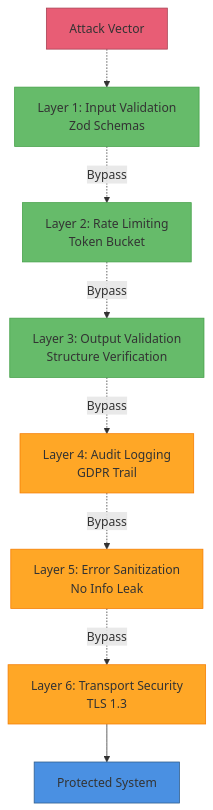
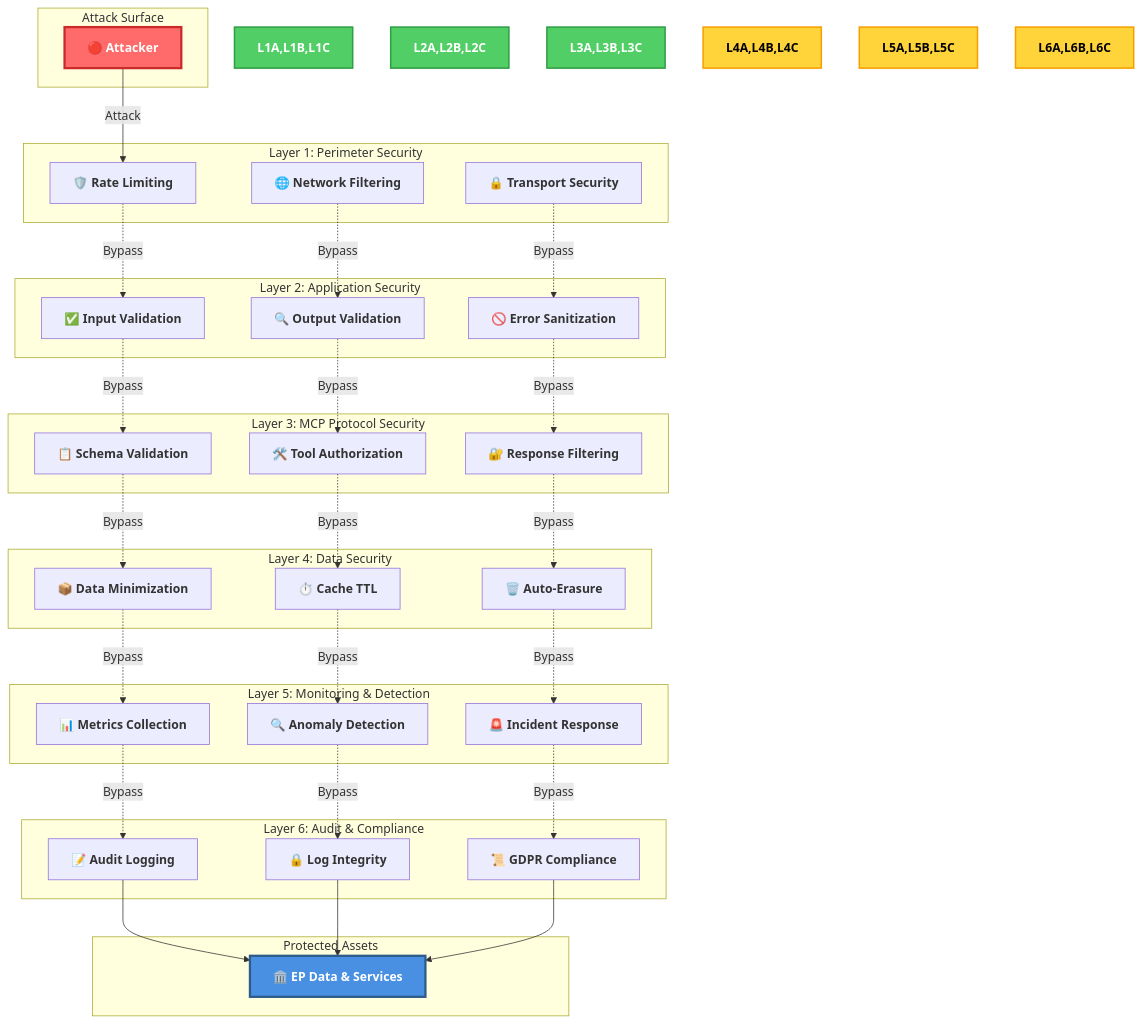
Before and after one commit to Hack23/European-Parliament-MCP-Server: diagram 24 of 24 in SECURITY_ARCHITECTURE.md, drawn with Mermaid. The commit also changed other lines of this file, not shown here.

Commit message:
Expand SECURITY_ARCHITECTURE.md to 3458 lines matching Hack23 reference standard

````diff
--- a/SECURITY_ARCHITECTURE.md
+++ b/SECURITY_ARCHITECTURE.md
@@ -890,28 +2941,81 @@
 ```mermaid
 graph TB
-    L1[Layer 1: Input Validation<br/>Zod Schemas]
-    L2[Layer 2: Rate Limiting<br/>Token Bucket]
-    L3[Layer 3: Output Validation<br/>Structure Verification]
-    L4[Layer 4: Audit Logging<br/>GDPR Trail]
-    L5[Layer 5: Error Sanitization<br/>No Info Leak]
-    L6[Layer 6: Transport Security<br/>TLS 1.3]
+    subgraph "Attack Surface"
+        ATTACKER[🔴 Attacker]
+    end
     
-    THREAT[Attack Vector]
+    subgraph "Layer 1: Perimeter Security"
+        L1A[🛡️ Rate Limiting]
+        L1B[🌐 Network Filtering]
+        L1C[🔒 Transport Security]
+    end
     
-    THREAT -.-> L1
-    L1 -.->|Bypass| L2
-    L2 -.->|Bypass| L3
-    L3 -.->|Bypass| L4
-    L4 -.->|Bypass| L5
-    L5 -.->|Bypass| L6
-    L6 --> SAFE[Protected System]
+    subgraph "Layer 2: Application Security"
+        L2A[✅ Input Validation]
+        L2B[🔍 Output Validation]
+        L2C[🚫 Error Sanitization]
+    end
     
-    style L1 fill:#66BB6A,stroke:#43A047
-    style L2 fill:#66BB6A,stroke:#43A047
-    style L3 fill:#66BB6A,stroke:#43A047
-    style L4 fill:#FFA726,stroke:#F57C00
-    style L5 fill:#FFA726,stroke:#F57C00
-    style L6 fill:#FFA726,stroke:#F57C00
-    style THREAT fill:#E85D75,stroke:#A53F52
-    style SAFE fill:#4A90E2,stroke:#2E5C8A
+    subgraph "Layer 3: MCP Protocol Security"
+        L3A[📋 Schema Validation]
+        L3B[🛠️ Tool Authorization]
+        L3C[🔐 Response Filtering]
+    end
+    
+    subgraph "Layer 4: Data Security"
+        L4A[📦 Data Minimization]
+        L4B[⏱️ Cache TTL]
+        L4C[🗑️ Auto-Erasure]
+    end
+    
+    subgraph "Layer 5: Monitoring & Detection"
+        L5A[📊 Metrics Collection]
+        L5B[🔍 Anomaly Detection]
+        L5C[🚨 Incident Response]
+    end
+    
+    subgraph "Layer 6: Audit & Compliance"
+        L6A[📝 Audit Logging]
+        L6B[🔒 Log Integrity]
+        L6C[📜 GDPR Compliance]
+    end
+    
+    subgraph "Protected Assets"
+        ASSETS[🏛️ EP Data & Services]
+    end
+    
+    ATTACKER -->|Attack| L1A
+    L1A -.->|Bypass| L2A
+    L1B -.->|Bypass| L2B
+    L1C -.->|Bypass| L2C
+    
+    L2A -.->|Bypass| L3A
+    L2B -.->|Bypass| L3B
+    L2C -.->|Bypass| L3C
+    
+    L3A -.->|Bypass| L4A
+    L3B -.->|Bypass| L4B
+    L3C -.->|Bypass| L4C
+    
+    L4A -.->|Bypass| L5A
+    L4B -.->|Bypass| L5B
+    L4C -.->|Bypass| L5C
+    
+    L5A -.->|Bypass| L6A
+    L5B -.->|Bypass| L6B
+    L5C -.->|Bypass| L6C
+    
+    L6A --> ASSETS
+    L6B --> ASSETS
+    L6C --> ASSETS
+    
+    style ATTACKER fill:#ff6b6b,stroke:#c92a2a,stroke-width:3px,color:white,font-weight:bold
+    style L1A,L1B,L1C fill:#51cf66,stroke:#2f9e44,stroke-width:2px,color:white,font-weight:bold
+    style L2A,L2B,L2C fill:#51cf66,stroke:#2f9e44,stroke-width:2px,color:white,font-weight:bold
+    style L3A,L3B,L3C fill:#51cf66,stroke:#2f9e44,stroke-width:2px,color:white,font-weight:bold
+    style L4A,L4B,L4C fill:#ffd43b,stroke:#f59f00,stroke-width:2px,color:black,font-weight:bold
+    style L5A,L5B,L5C fill:#ffd43b,stroke:#f59f00,stroke-width:2px,color:black,font-weight:bold
+    style L6A,L6B,L6C fill:#ffd43b,stroke:#f59f00,stroke-width:2px,color:black,font-weight:bold
+    style ASSETS fill:#4a90e2,stroke:#2e5c8a,stroke-width:3px,color:white,font-weight:bold
+    classDef default font-weight:bold
 ```
````
